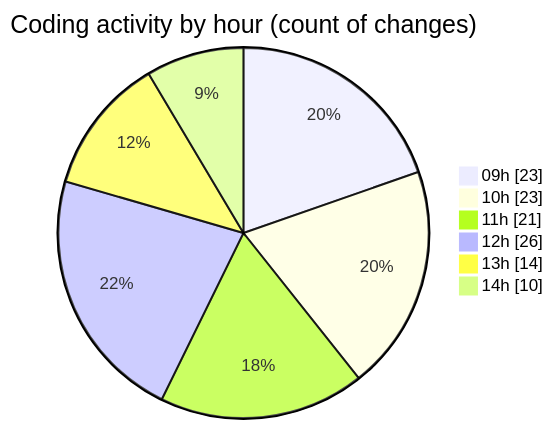
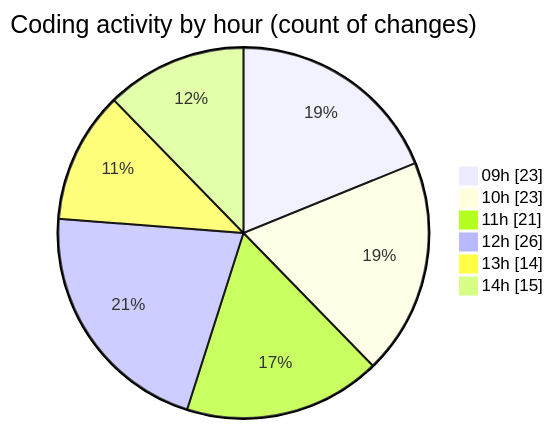
Before and after one commit to momahboobian/code-tracking: the second of 2 diagrams in 2025-12-04/cda/README.md, drawn with Mermaid. The commit also changed other lines of this file and 1 other file, not shown here.

````diff
--- a/2025-12-04/cda/README.md
+++ b/2025-12-04/cda/README.md
@@ -37,10 +37,10 @@
 ```mermaid
 pie showData
 title Coding activity by hour (count of changes)
 "09h" : 23
 "10h" : 23
 "11h" : 21
 "12h" : 26
 "13h" : 14
-"14h" : 10
+"14h" : 15
 ```
````
